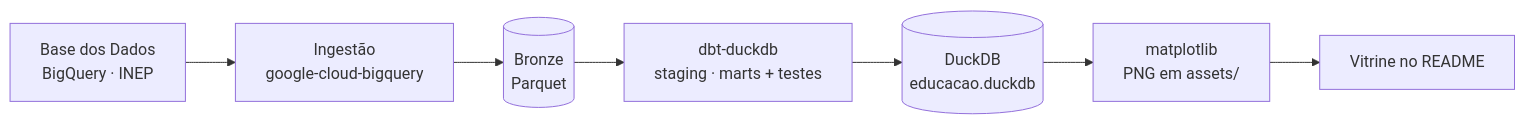
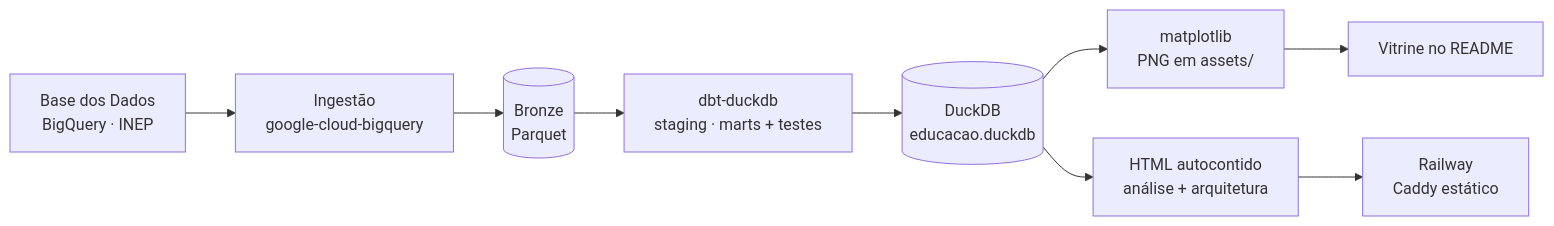
One commit to leonardo-michelotti/observatorio-educacao-rs changed the diagram in README.md. Above: the diagram before and after it, drawn with Mermaid. The commit also changed other lines of this file and 12 other files, not shown here.

````diff
--- a/README.md
+++ b/README.md
@@ -98,9 +114,11 @@
 ```mermaid
 flowchart LR
   BQ[Base dos Dados<br/>BigQuery · INEP] --> ING[Ingestão<br/>google-cloud-bigquery]
   ING --> BRONZE[(Bronze<br/>Parquet)]
   BRONZE --> DBT[dbt-duckdb<br/>staging · marts + testes]
   DBT --> DUCK[(DuckDB<br/>educacao.duckdb)]
   DUCK --> CHARTS[matplotlib<br/>PNG em assets/]
+  DUCK --> PAGES[HTML autocontido<br/>análise + arquitetura]
   CHARTS --> README[Vitrine no README]
+  PAGES --> WEB[Railway<br/>Caddy estático]
 ```
````
